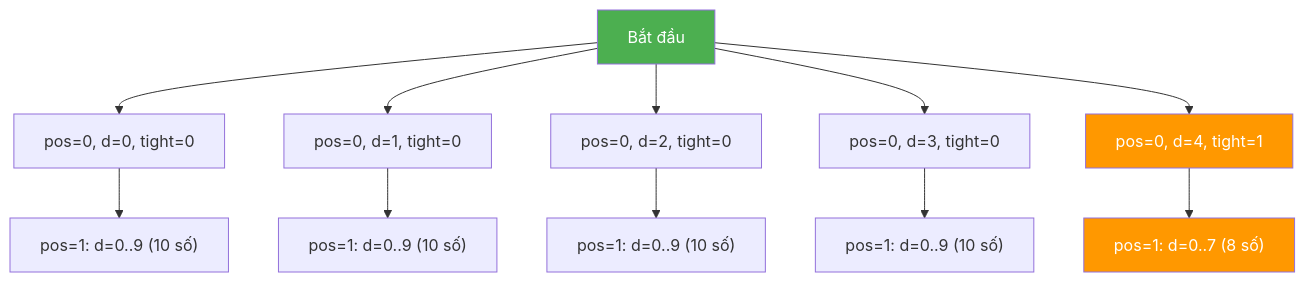
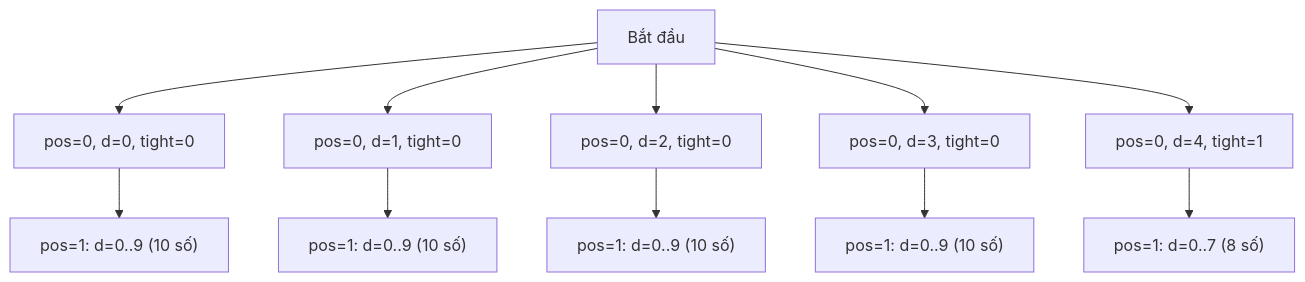
Before and after one commit to FPTOJ-OJ/fptoj_wiki: the diagram in docs/lessons/digit-dp.md, drawn with Mermaid. The commit also changed other lines of this file and 18 other files, not shown here.

First line of the commit message:
fix: LaTeX errors, mermaid theme switching, remove custom colors

````diff
--- a/docs/lessons/digit-dp.md
+++ b/docs/lessons/digit-dp.md
@@ -56,18 +56,16 @@
 ```mermaid
 graph TD
     ROOT["Bắt đầu"] --> A0["pos=0, d=0, tight=0"]
     ROOT --> A1["pos=0, d=1, tight=0"]
     ROOT --> A2["pos=0, d=2, tight=0"]
     ROOT --> A3["pos=0, d=3, tight=0"]
     ROOT --> A4["pos=0, d=4, tight=1"]
 
     A0 --> B0["pos=1: d=0..9 (10 số)"]
     A1 --> B1["pos=1: d=0..9 (10 số)"]
     A2 --> B2["pos=1: d=0..9 (10 số)"]
     A3 --> B3["pos=1: d=0..9 (10 số)"]
     A4 --> B4["pos=1: d=0..7 (8 số)"]
 
-    style ROOT fill:#4CAF50,color:#fff
-    style A4 fill:#FF9800,color:#fff
-    style B4 fill:#FF9800,color:#fff
+
 ```
````
